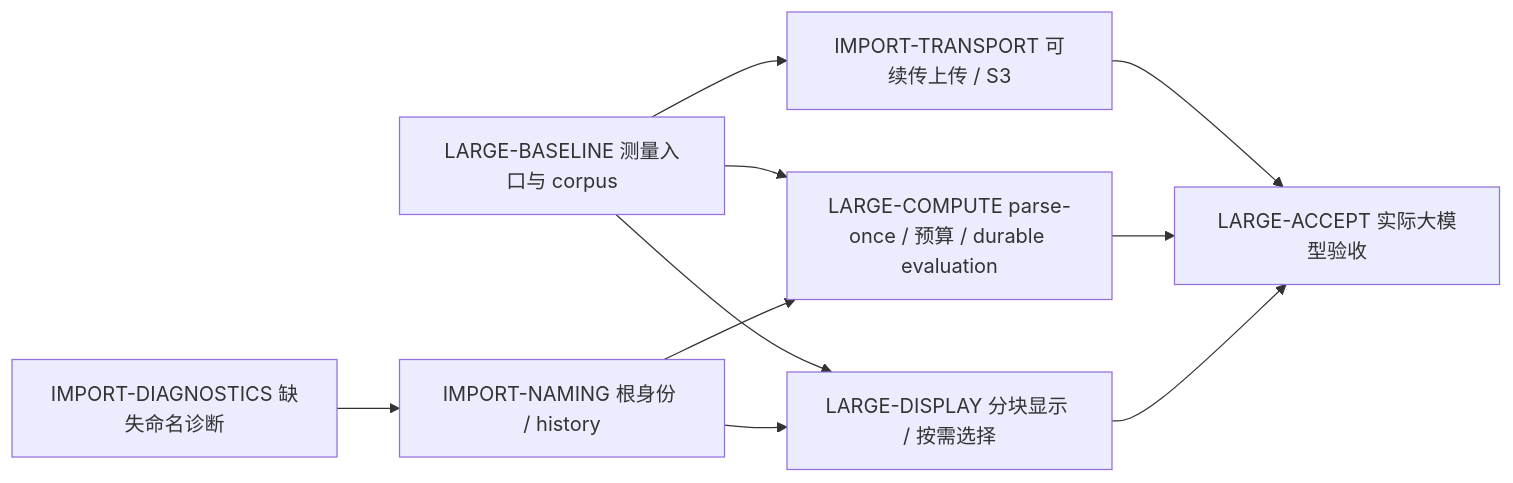
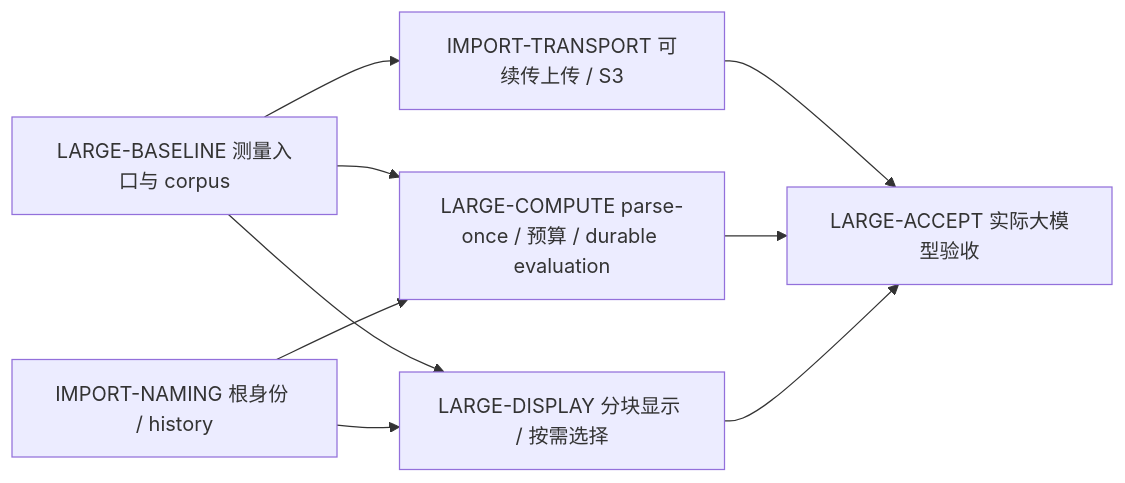
The diagram in plans/import-large-models.md (cossoledad/occccad), drawn with Mermaid before and after one commit. The commit also changed other lines of this file and 20 other files, not shown here.

Commit message:
IMPORT-DIAGNOSTICS

````diff
--- a/plans/import-large-models.md
+++ b/plans/import-large-models.md
@@ -7,12 +7,12 @@
 ```mermaid
 flowchart LR
     Baseline["LARGE-BASELINE 测量入口与 corpus"] --> Transport["IMPORT-TRANSPORT 可续传上传 / S3"]
-    Diagnose["IMPORT-DIAGNOSTICS 缺失命名诊断"] --> Naming["IMPORT-NAMING 根身份 / history"]
+    Naming["IMPORT-NAMING 根身份 / history"]
     Baseline --> Runtime["LARGE-COMPUTE parse-once / 预算 / durable evaluation"]
     Naming --> Runtime
     Baseline --> Display["LARGE-DISPLAY 分块显示 / 按需选择"]
     Naming --> Display
     Transport --> Acceptance["LARGE-ACCEPT 实际大模型验收"]
     Runtime --> Acceptance
     Display --> Acceptance
 ```
````
